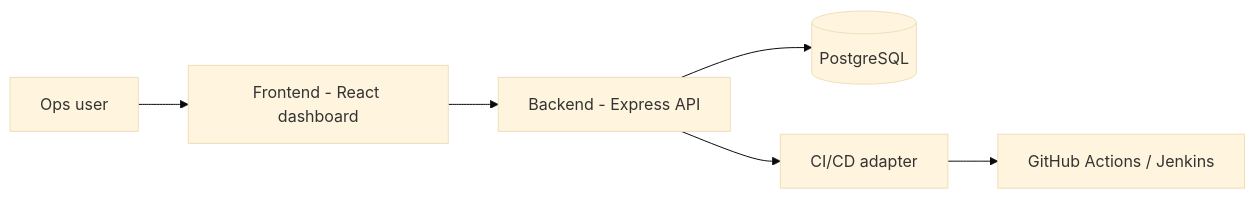
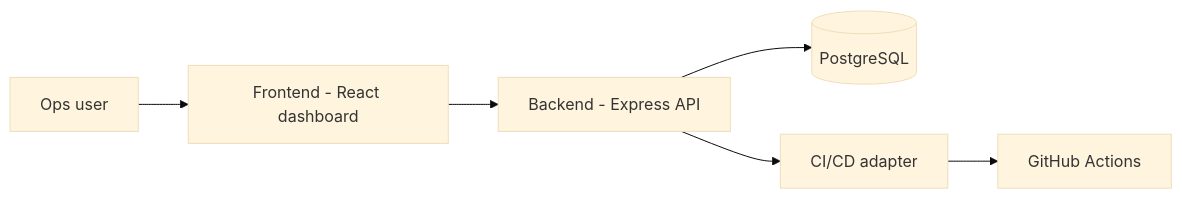
The diagram in docs/architecture.md (Gunashekharp/sdlc-sample-worflow), drawn with Mermaid (base theme) before and after one commit. The commit also changed 4 other files, not shown here.

````diff
--- a/docs/architecture.md
+++ b/docs/architecture.md
@@ -5,8 +5,8 @@
 ```mermaid
 graph LR
   U[Ops user] --> F[Frontend - React dashboard]
   F --> B[Backend - Express API]
   B --> DB[(PostgreSQL)]
   B --> CI[CI/CD adapter]
-  CI --> GH[GitHub Actions / Jenkins]
+  CI --> GH[GitHub Actions]
 ```
````
